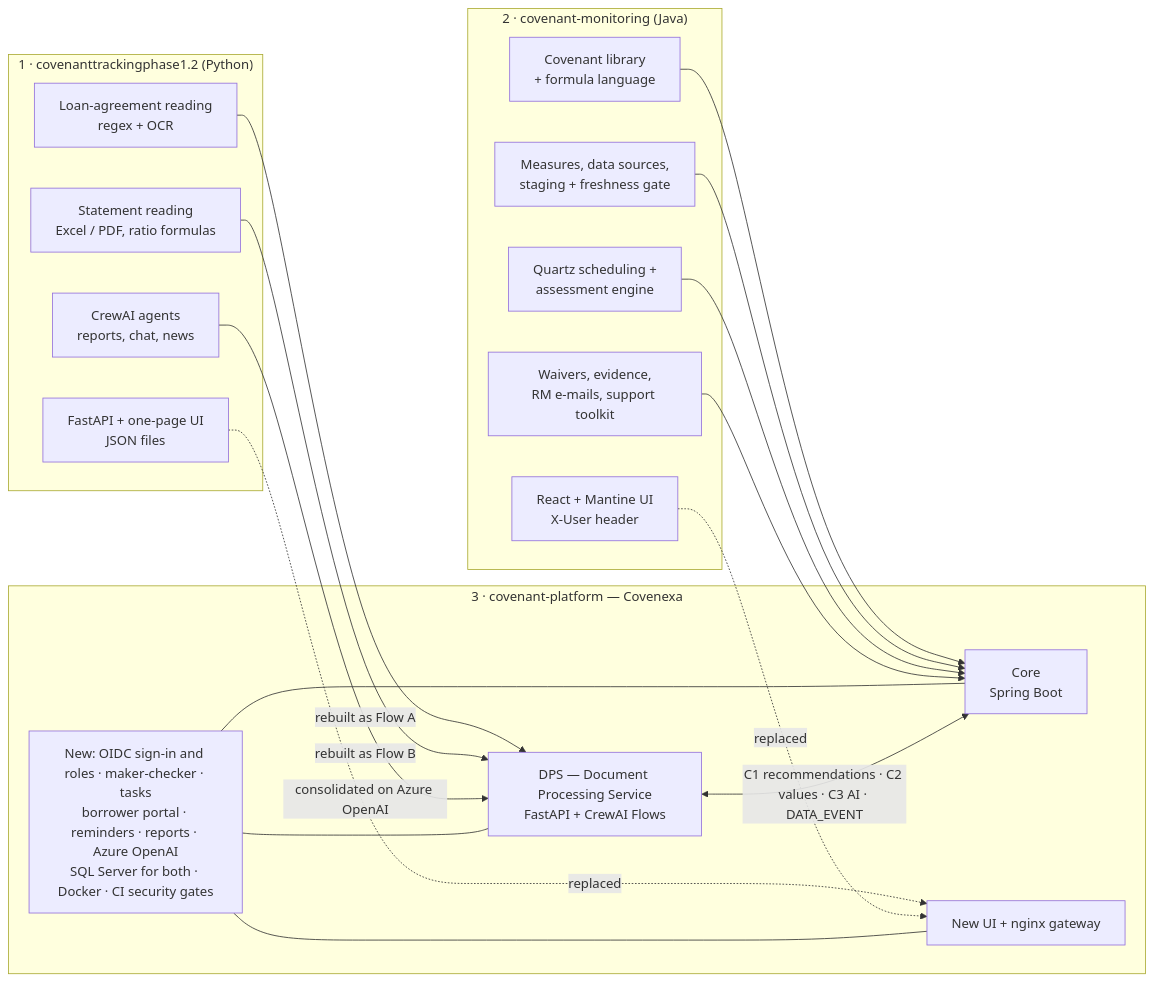
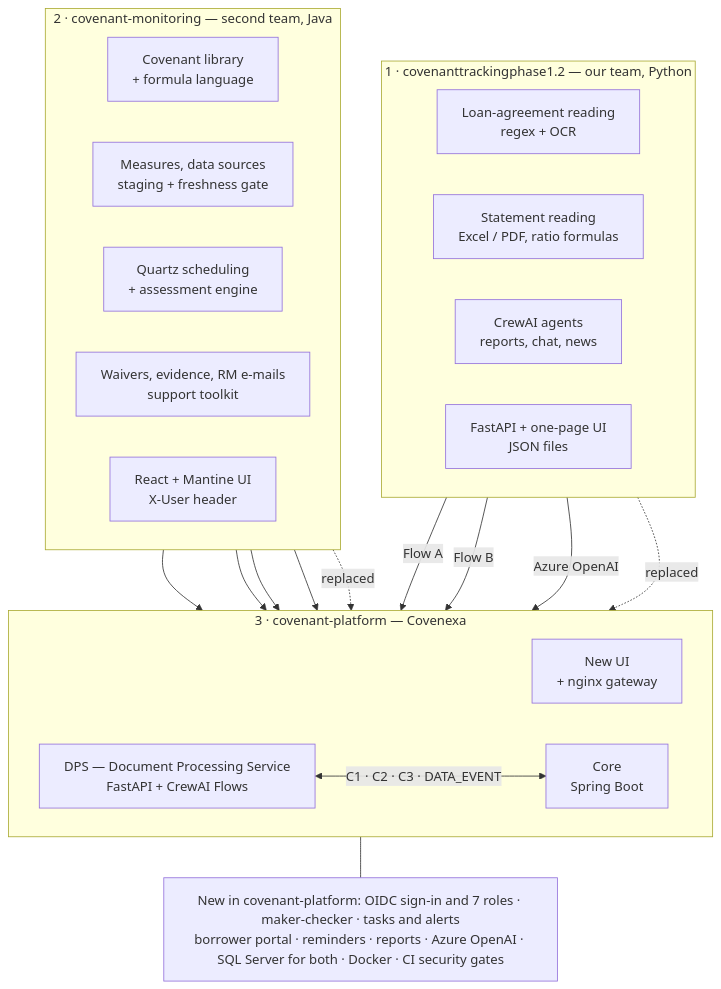
The diagram in docs/architecture/README.md (Vishwas2311/loan-covenant-platform), drawn with Mermaid before and after one commit. The commit also changed 3 other files, not shown here.

First line of the commit message:
Architecture diagrams: readable layouts and full titles

````diff
--- a/docs/architecture/README.md
+++ b/docs/architecture/README.md
@@ -14,36 +14,38 @@
 ```mermaid
-flowchart LR
-    subgraph ours["1 · covenanttrackingphase1.2 (Python)"]
+%%{init: {"flowchart": {"wrappingWidth": 420}}}%%
+flowchart TB
+    subgraph ours["1 · covenanttrackingphase1.2 — our team, Python"]
+        direction LR
         o1["Loan-agreement reading<br/>regex + OCR"]
         o2["Statement reading<br/>Excel / PDF, ratio formulas"]
         o3["CrewAI agents<br/>reports, chat, news"]
         o4["FastAPI + one-page UI<br/>JSON files"]
     end
 
-    subgraph theirs["2 · covenant-monitoring (Java)"]
+    subgraph theirs["2 · covenant‑monitoring — second team, Java"]
+        direction LR
         t1["Covenant library<br/>+ formula language"]
-        t2["Measures, data sources,<br/>staging + freshness gate"]
-        t3["Quartz scheduling +<br/>assessment engine"]
-        t4["Waivers, evidence,<br/>RM e-mails, support toolkit"]
+        t2["Measures, data sources<br/>staging + freshness gate"]
+        t3["Quartz scheduling<br/>+ assessment engine"]
+        t4["Waivers, evidence, RM e-mails<br/>support toolkit"]
         t5["React + Mantine UI<br/>X-User header"]
     end
 
-    subgraph platform["3 · covenant-platform — Covenexa"]
+    subgraph platform["3 · covenant‑platform — Covenexa"]
+        direction LR
+        ui["New UI<br/>+ nginx gateway"]
+        dps["DPS — Document Processing Service<br/>FastAPI + CrewAI Flows"]
         core["Core<br/>Spring Boot"]
-        dps["DPS — Document Processing Service<br/>FastAPI + CrewAI Flows"]
-        ui["New UI + nginx gateway"]
-        new["New: OIDC sign-in and roles · maker-checker · tasks<br/>borrower portal · reminders · reports · Azure OpenAI<br/>SQL Server for both · Docker · CI security gates"]
+        dps <-->|"C1 · C2 · C3 · DATA_EVENT"| core
     end
 
-    o1 -->|rebuilt as Flow A| dps
-    o2 -->|rebuilt as Flow B| dps
-    o3 -->|consolidated on Azure OpenAI| dps
-    o4 -. replaced .-> ui
-    t1 --> core
-    t2 --> core
-    t3 --> core
-    t4 --> core
-    t5 -. replaced .-> ui
-    new --- core & dps & ui
-    dps <-->|C1 recommendations · C2 values · C3 AI · DATA_EVENT| core
+    new["New in covenant-platform: OIDC sign-in and 7 roles · maker-checker · tasks and alerts<br/>borrower portal · reminders · reports · Azure OpenAI · SQL Server for both · Docker · CI security gates"]
+
+    o1 -->|"Flow A"| dps
+    o2 -->|"Flow B"| dps
+    o3 -->|"Azure OpenAI"| dps
+    o4 -.->|replaced| ui
+    t1 & t2 & t3 & t4 --> core
+    t5 -.->|replaced| ui
+    platform --- new
 ```
````
